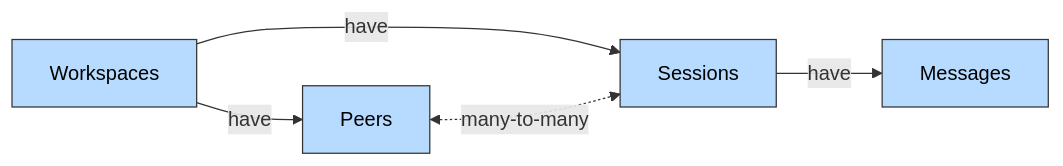
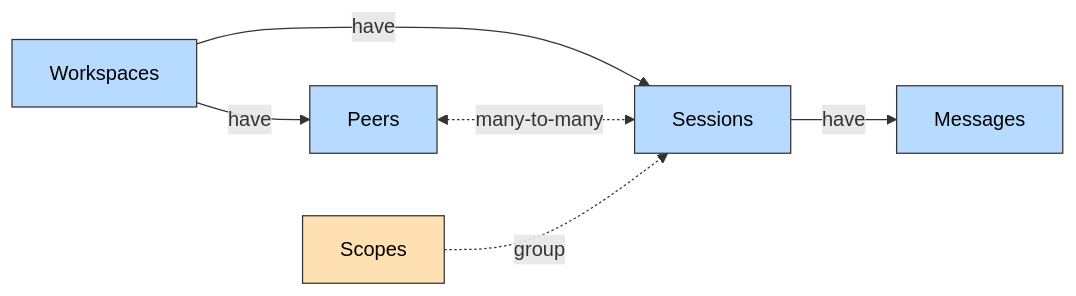
The diagram in docs/v3/documentation/core-concepts/architecture.mdx (plastic-labs/honcho), drawn with Mermaid before and after one commit. The commit also changed other lines of this file and 11 other files, not shown here.

First line of the commit message:
chore(docs): add scopes to API reference, architecture, and design patterns

````diff
--- a/docs/v3/documentation/core-concepts/architecture.mdx
+++ b/docs/v3/documentation/core-concepts/architecture.mdx
@@ -14,14 +14,17 @@
 ```mermaid
  graph LR
       W[Workspaces] -->|have| P[Peers]
       W -->|have| S[Sessions]
 
       S -->|have| SM[Messages]
 
       P <-.->|many-to-many| S
 
+      SC[Scopes] -.->|group| S
+
       style W fill:#B6DBFF,stroke:#333,color:#000
       style P fill:#B6DBFF,stroke:#333,color:#000
       style S fill:#B6DBFF,stroke:#333,color:#000
       style SM fill:#B6DBFF,stroke:#333,color:#000
+      style SC fill:#FFE0B2,stroke:#333,color:#000
 ```
````
